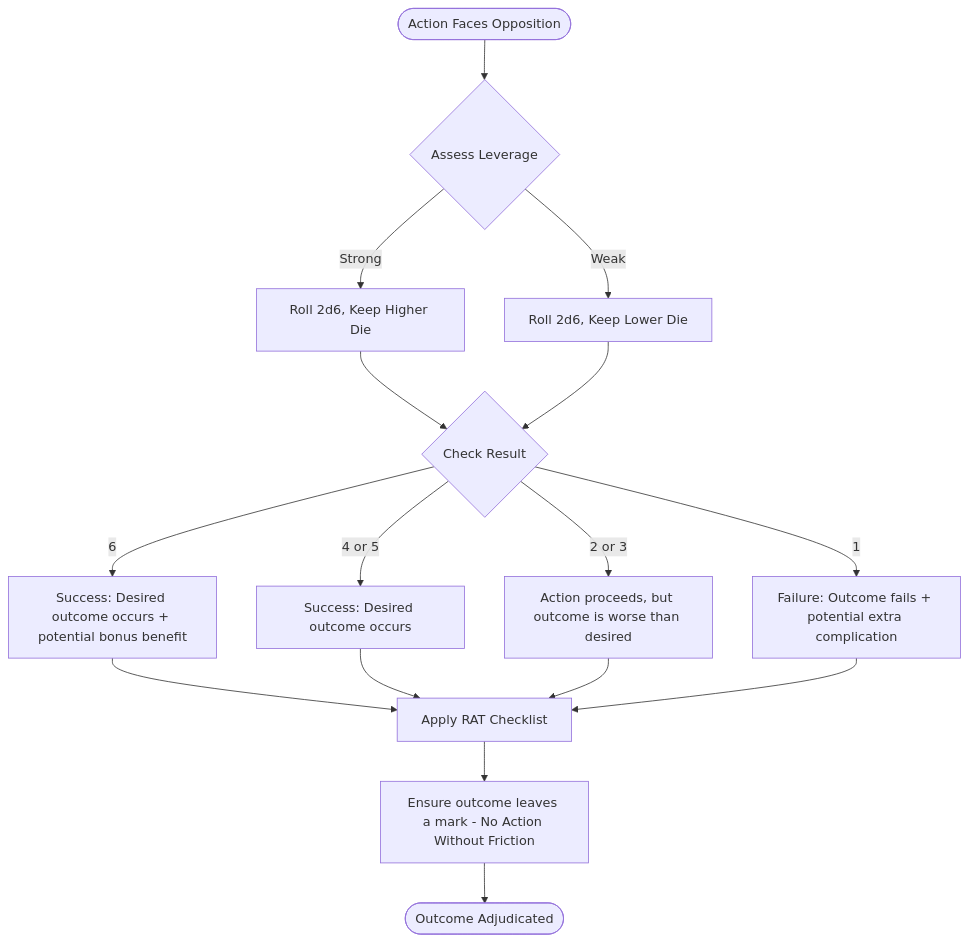
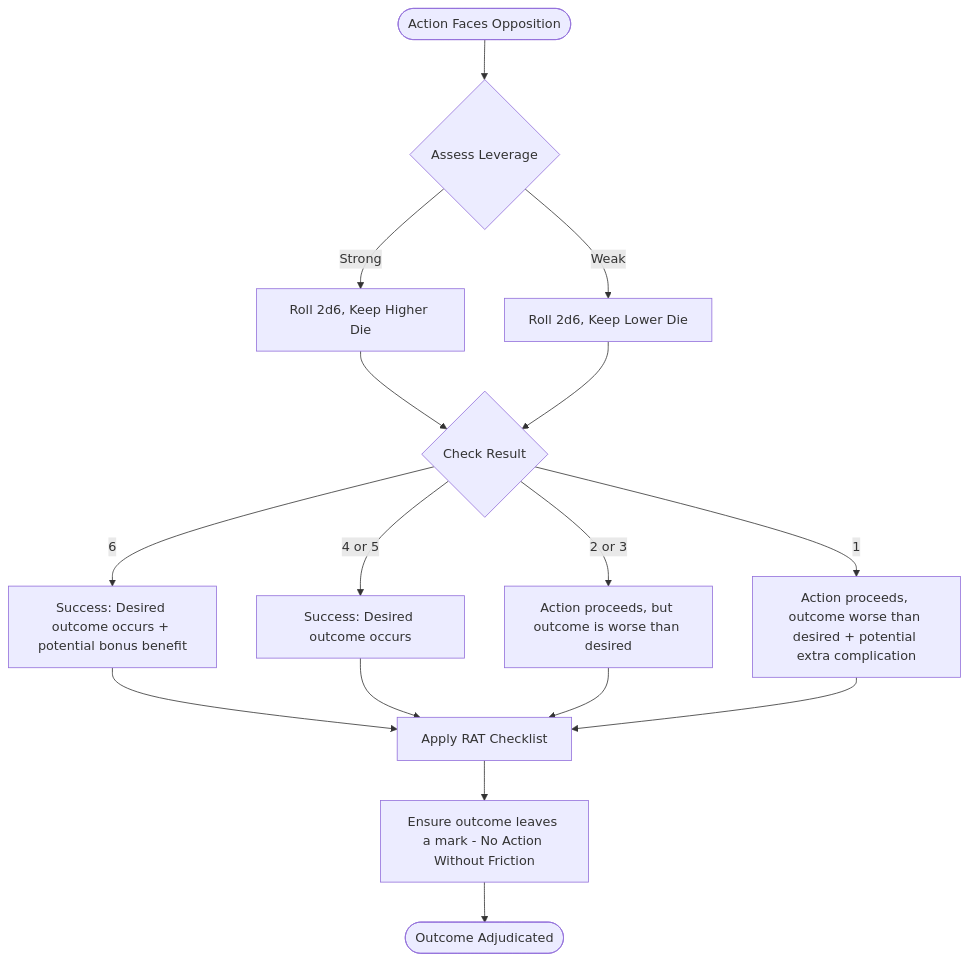
One commit to openstrategygames/openstrategygames.github.io changed the second of 4 diagrams in docs/osg_handbook.qmd. Above: the diagram before and after it, drawn with Mermaid. The commit also changed other lines of this file and 4 other files, not shown here.

````diff
--- a/docs/osg_handbook.qmd
+++ b/docs/osg_handbook.qmd
@@ -252,22 +254,22 @@
 ```mermaid
 flowchart TD
     Start([Action Faces Opposition]) --> Assess{Assess Leverage}
     Assess -->|Strong| KeepHigh[Roll 2d6, Keep Higher Die]
     Assess -->|Weak| KeepLow[Roll 2d6, Keep Lower Die]
     
     KeepHigh --> Resolve{Check Result}
     KeepLow --> Resolve
     
     Resolve -->|6| SuccessExtra[Success: Desired outcome occurs + potential bonus benefit]
     Resolve -->|4 or 5| Success[Success: Desired outcome occurs]
     Resolve -->|2 or 3| SuccessWithCost[Action proceeds, but outcome is worse than desired]
-    Resolve -->|1| FailureExtra[Failure: Outcome fails + potential extra complication]
+    Resolve -->|1| FailureExtra[Action proceeds, outcome worse than desired + potential extra complication]
 
     SuccessExtra --> CheckRAT[Apply RAT Checklist]
     Success --> CheckRAT
     SuccessWithCost --> CheckRAT
     FailureExtra --> CheckRAT
     
     CheckRAT --> ApplyFriction[Ensure outcome leaves a mark - No Action Without Friction]
     ApplyFriction --> End([Outcome Adjudicated])
 ```
````
